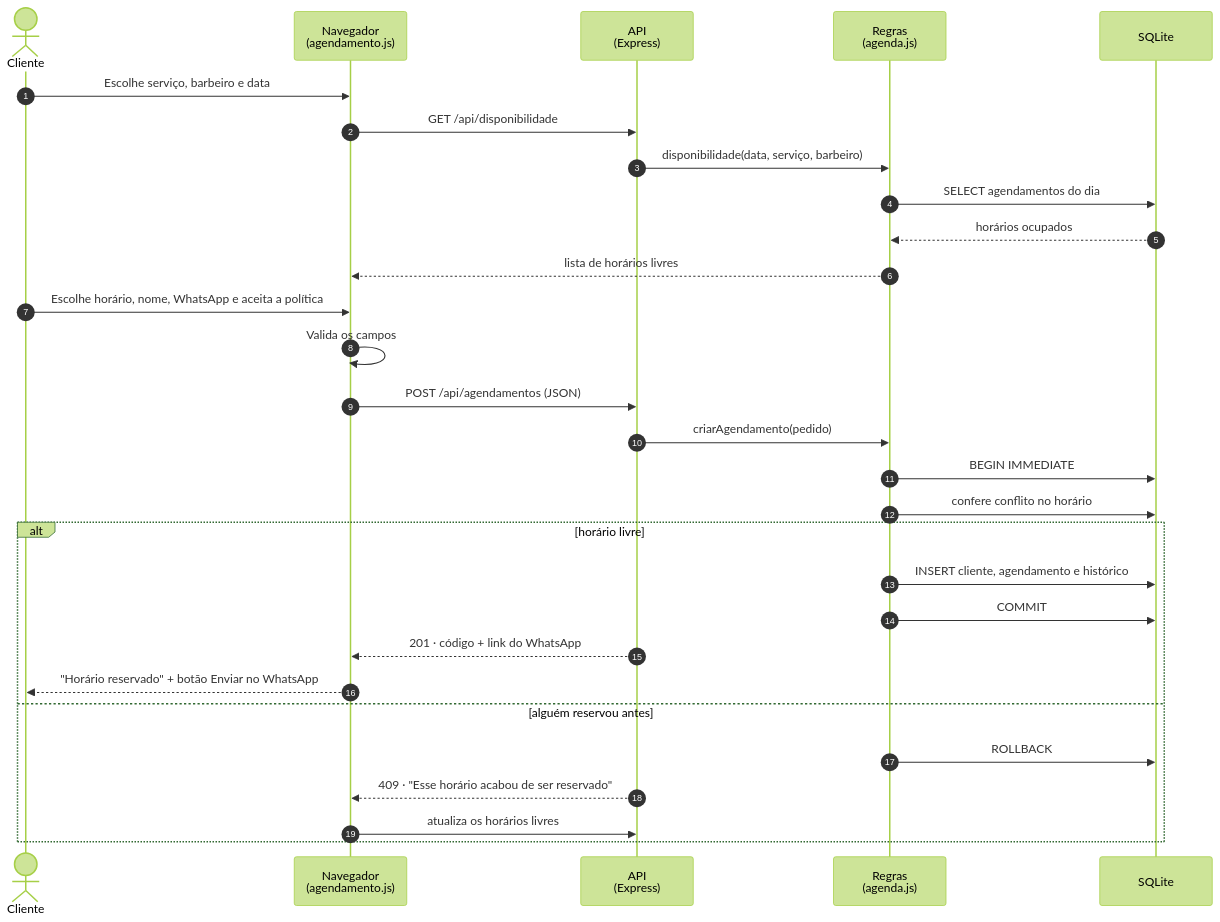
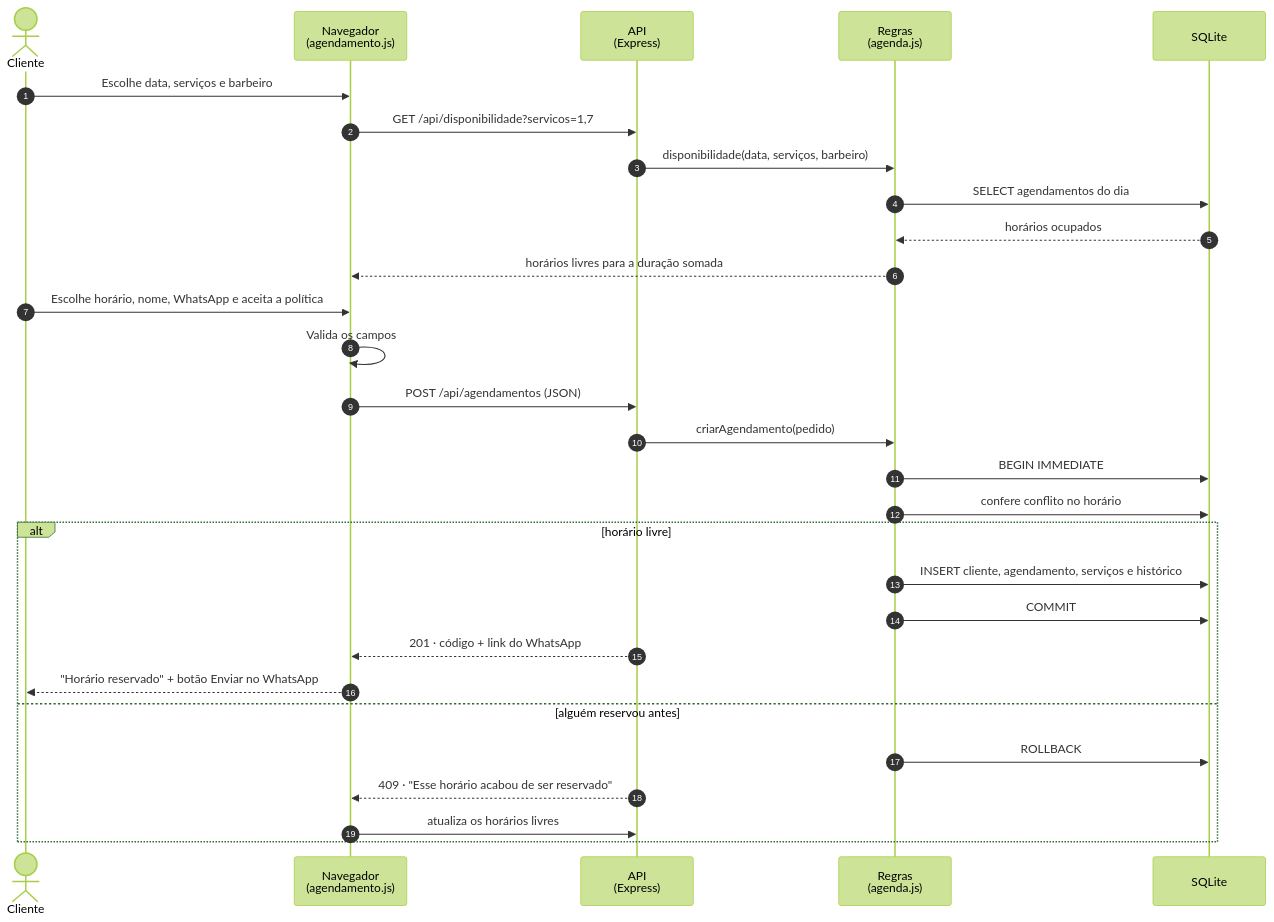
One commit to GustavoResendeDev/V2.AtividadeEscolar changed the diagram in docs/diagramas/fonte/07-sequencia.mmd. Above: the diagram before and after it, drawn with Mermaid (forest theme). The commit also changed 69 other files, not shown here.

```diff
--- a/docs/diagramas/fonte/07-sequencia.mmd
+++ b/docs/diagramas/fonte/07-sequencia.mmd
@@ -1,29 +1,29 @@
 sequenceDiagram
   autonumber
   actor C as Cliente
   participant N as Navegador<br/>(agendamento.js)
   participant A as API<br/>(Express)
   participant R as Regras<br/>(agenda.js)
   participant D as SQLite
-  C->>N: Escolhe serviço, barbeiro e data
-  N->>A: GET /api/disponibilidade
-  A->>R: disponibilidade(data, serviço, barbeiro)
+  C->>N: Escolhe data, serviços e barbeiro
+  N->>A: GET /api/disponibilidade?servicos=1,7
+  A->>R: disponibilidade(data, serviços, barbeiro)
   R->>D: SELECT agendamentos do dia
   D-->>R: horários ocupados
-  R-->>N: lista de horários livres
+  R-->>N: horários livres para a duração somada
   C->>N: Escolhe horário, nome, WhatsApp e aceita a política
   N->>N: Valida os campos
   N->>A: POST /api/agendamentos (JSON)
   A->>R: criarAgendamento(pedido)
   R->>D: BEGIN IMMEDIATE
   R->>D: confere conflito no horário
   alt horário livre
-    R->>D: INSERT cliente, agendamento e histórico
+    R->>D: INSERT cliente, agendamento, serviços e histórico
     R->>D: COMMIT
     A-->>N: 201 · código + link do WhatsApp
     N-->>C: "Horário reservado" + botão Enviar no WhatsApp
   else alguém reservou antes
     R->>D: ROLLBACK
     A-->>N: 409 · "Esse horário acabou de ser reservado"
     N->>A: atualiza os horários livres
   end
```
